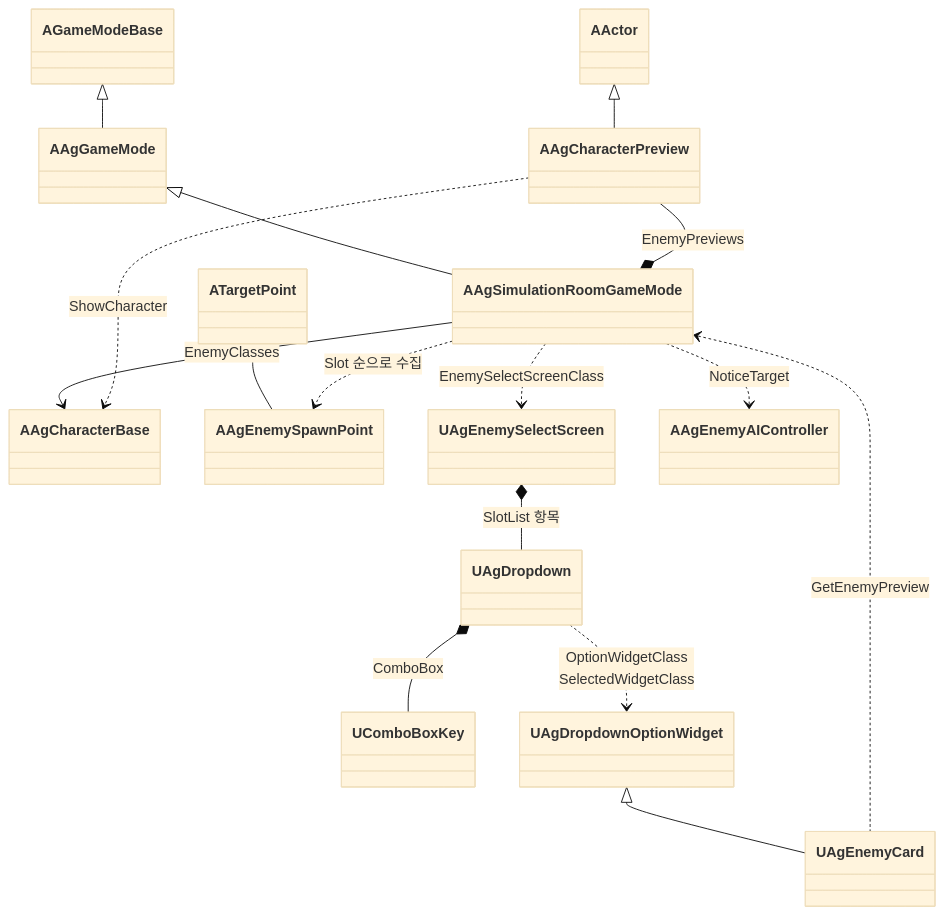
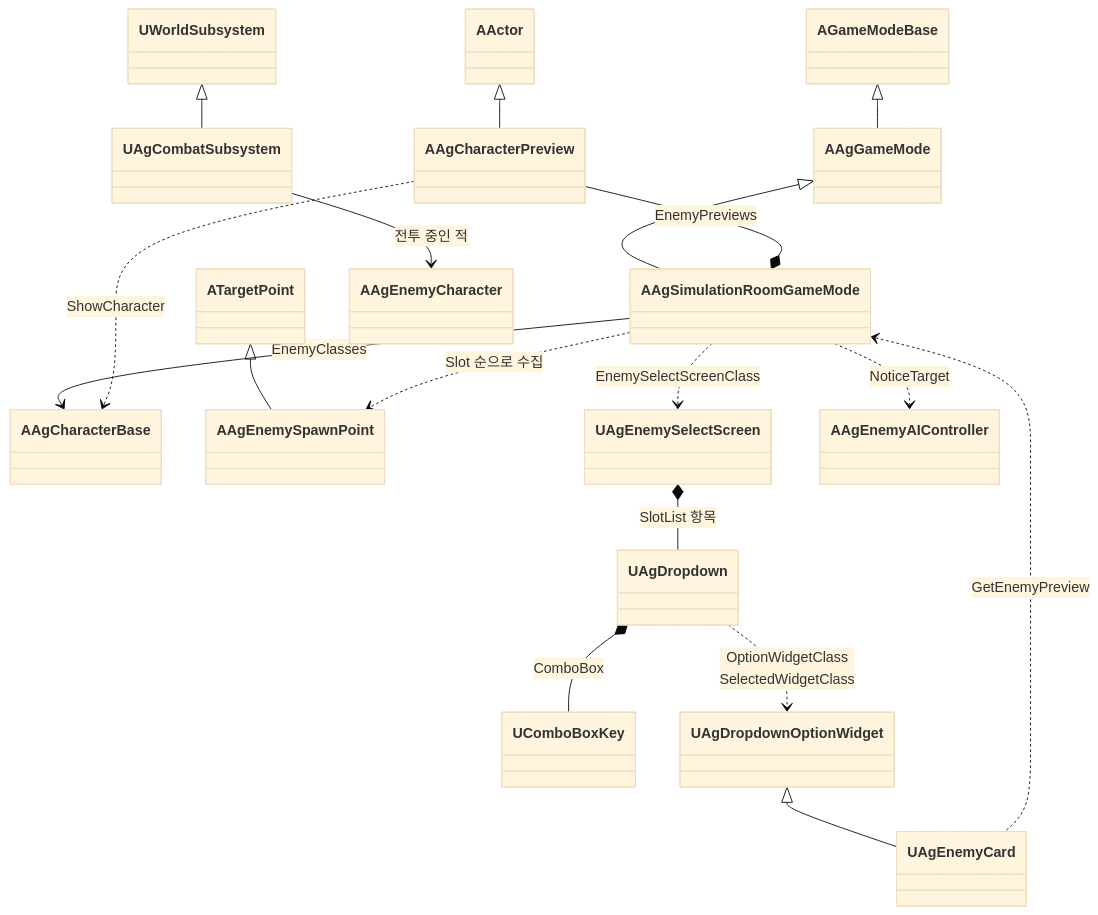
The second of 6 diagrams in Docs/Architecture/캐릭터 기반 구조와 GAS.md (Woogl/Ag), drawn with Mermaid (base theme) before and after one commit. The commit also changed other lines of this file and 10 other files, not shown here.

````diff
--- a/Docs/Architecture/캐릭터 기반 구조와 GAS.md
+++ b/Docs/Architecture/캐릭터 기반 구조와 GAS.md
@@ -157,18 +159,20 @@
 ```mermaid
 classDiagram
     AGameModeBase <|-- AAgGameMode
     AAgGameMode <|-- AAgSimulationRoomGameMode
     AAgSimulationRoomGameMode --> AAgCharacterBase : EnemyClasses
     ATargetPoint <|-- AAgEnemySpawnPoint
     AAgSimulationRoomGameMode ..> AAgEnemySpawnPoint : Slot 순으로 수집
     AAgSimulationRoomGameMode ..> UAgEnemySelectScreen : EnemySelectScreenClass
     AAgSimulationRoomGameMode ..> AAgEnemyAIController : NoticeTarget
     AAgCharacterPreview --* AAgSimulationRoomGameMode : EnemyPreviews
     AActor <|-- AAgCharacterPreview
     AAgCharacterPreview ..> AAgCharacterBase : ShowCharacter
     UAgEnemySelectScreen *-- UAgDropdown : SlotList 항목
     UAgDropdown *-- UComboBoxKey : ComboBox
     UAgDropdown ..> UAgDropdownOptionWidget : OptionWidgetClass<br>SelectedWidgetClass
     UAgDropdownOptionWidget <|-- UAgEnemyCard
     AAgSimulationRoomGameMode <.. UAgEnemyCard : GetEnemyPreview
+    UWorldSubsystem <|-- UAgCombatSubsystem
+    UAgCombatSubsystem --> AAgEnemyCharacter : 전투 중인 적
 ```
````
